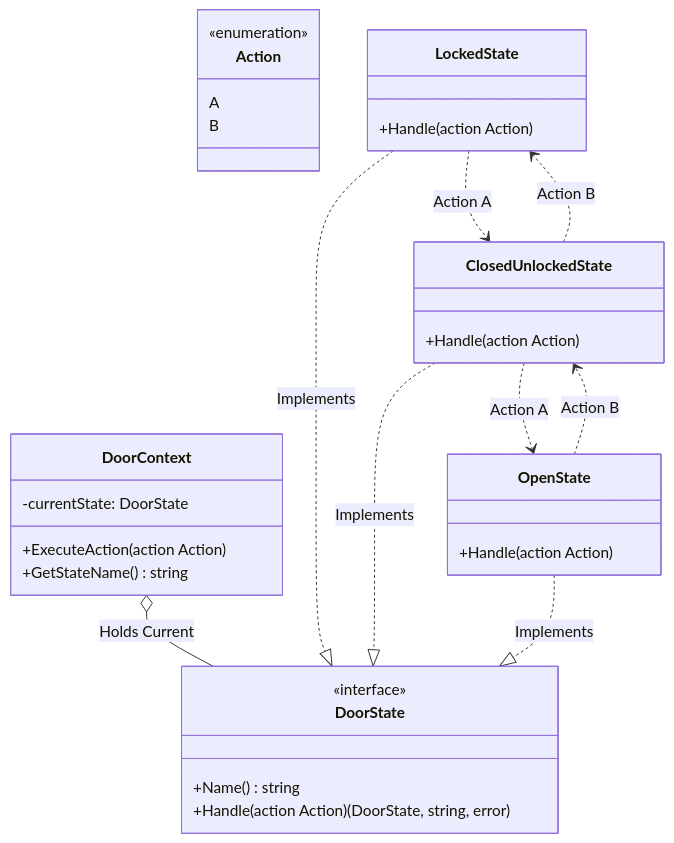
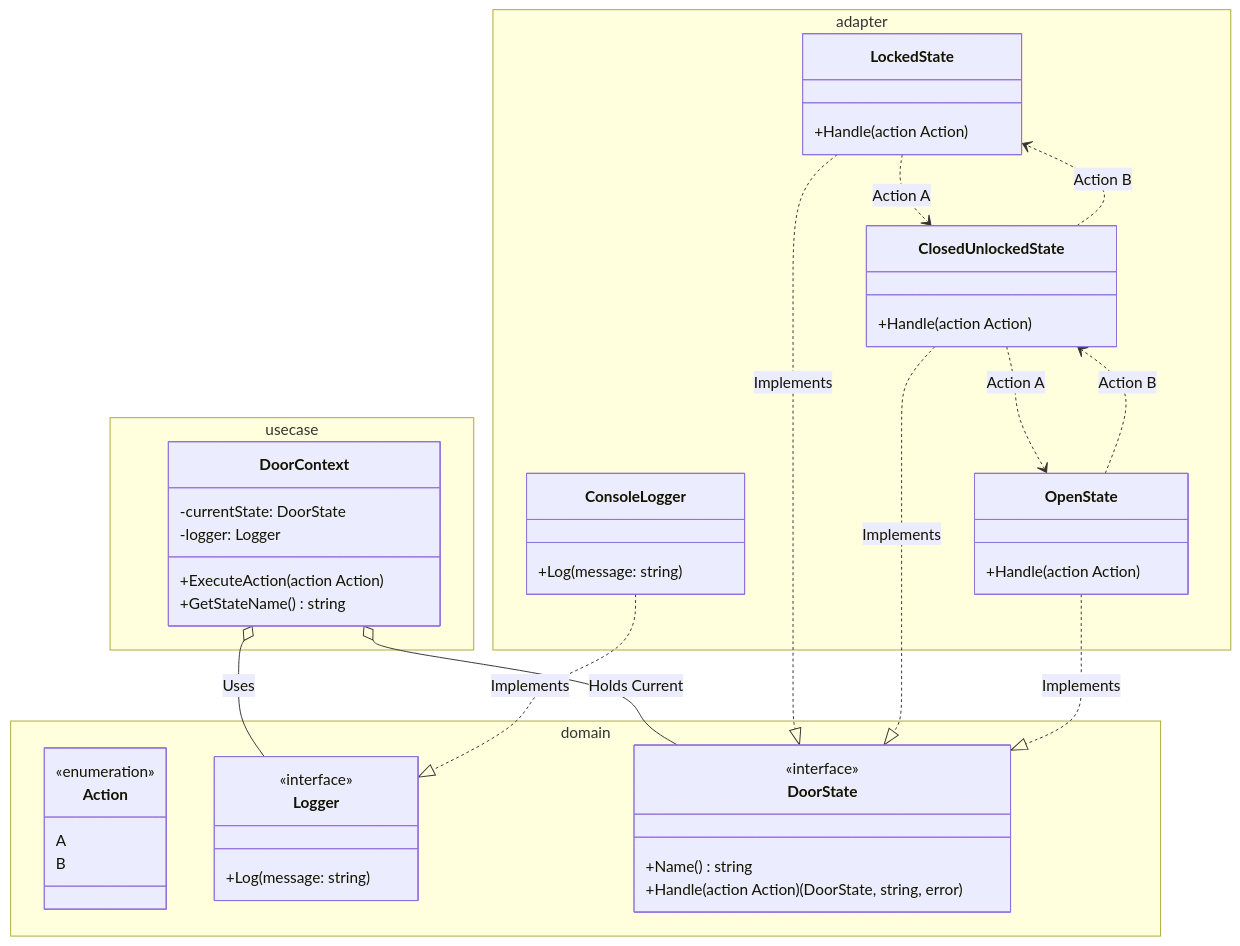
The diagram in state-example/README.md (sokoide/design-patterns), drawn with Mermaid before and after one commit. The commit also changed other lines of this file and 102 other files, not shown here.

````diff
--- a/state-example/README.md
+++ b/state-example/README.md
@@ -41,47 +42,57 @@
 ```mermaid
 classDiagram
-    direction TB
-
-    %% Domain Layer
-    class Action {
-        <<enumeration>>
-        A
-        B
+    namespace domain {
+        class Action {
+            <<enumeration>>
+            A
+            B
+        }
+        class Logger {
+            <<interface>>
+            +Log(message: string)
+        }
+        class DoorState {
+            <<interface>>
+            +Name() string
+            +Handle(action Action) (DoorState, string, error)
+        }
     }
 
-    class DoorState {
-        <<interface>>
-        +Name() string
-        +Handle(action Action) (DoorState, string, error)
+    namespace usecase {
+        class DoorContext {
+            -currentState: DoorState
+            -logger: Logger
+            +ExecuteAction(action Action)
+            +GetStateName() string
+        }
     }
 
-    %% Usecase Layer (Context)
-    class DoorContext {
-        -currentState: DoorState
-        +ExecuteAction(action Action)
-        +GetStateName() string
-    }
-
-    %% Adapter Layer (Concrete States)
-    class LockedState {
-        +Handle(action Action)
-    }
-    class ClosedUnlockedState {
-        +Handle(action Action)
-    }
-    class OpenState {
-        +Handle(action Action)
+    namespace adapter {
+        class LockedState {
+            +Handle(action Action)
+        }
+        class ClosedUnlockedState {
+            +Handle(action Action)
+        }
+        class OpenState {
+            +Handle(action Action)
+        }
+        class ConsoleLogger {
+            +Log(message: string)
+        }
     }
 
     %% Relationships
     DoorContext o-- DoorState : Holds Current
+    DoorContext o-- Logger : Uses
     LockedState ..|> DoorState : Implements
     ClosedUnlockedState ..|> DoorState : Implements
     OpenState ..|> DoorState : Implements
+    ConsoleLogger ..|> Logger : Implements
 
     %% Transitions (Conceptual)
     LockedState ..> ClosedUnlockedState : Action A
     ClosedUnlockedState ..> OpenState : Action A
     OpenState ..> ClosedUnlockedState : Action B
     ClosedUnlockedState ..> LockedState : Action B
 ```
````
